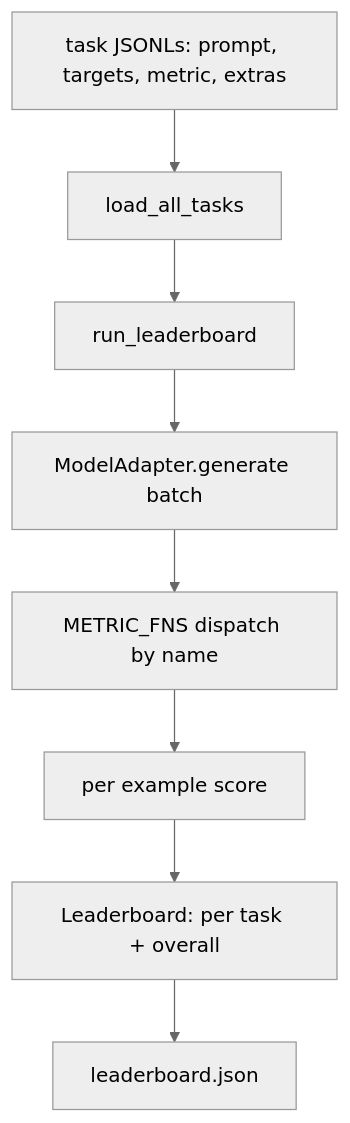
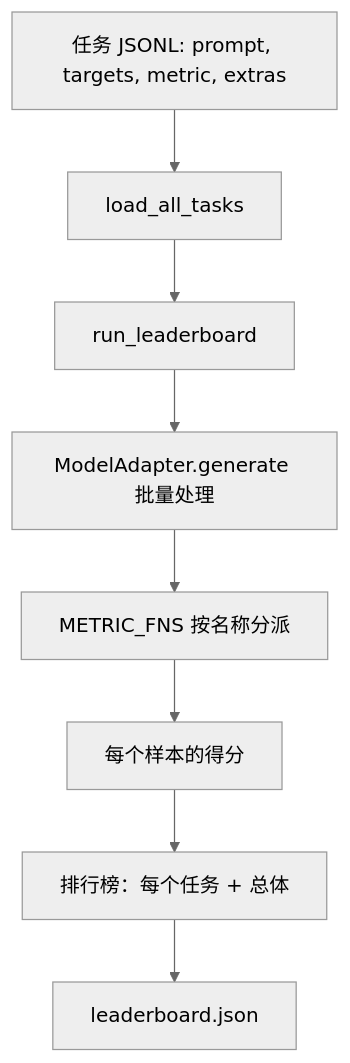
One commit to guangningsun/ailearning changed the first of 2 diagrams in lessons/19-capstone-projects/49-lm-eval-harness/docs/zh.md. Above: the diagram before and after it, drawn with Mermaid (neutral theme). The commit also changed other lines of this file and 85 other files, not shown here.

````diff
--- a/lessons/19-capstone-projects/49-lm-eval-harness/docs/zh.md
+++ b/lessons/19-capstone-projects/49-lm-eval-harness/docs/zh.md
@@ -27,10 +27,10 @@
 ```mermaid
 flowchart TD
-  tasks[task JSONLs: prompt, targets, metric, extras] --> loader[load_all_tasks]
+  tasks[任务 JSONL: prompt, targets, metric, extras] --> loader[load_all_tasks]
   loader --> runner[run_leaderboard]
-  runner --> adapter[ModelAdapter.generate batch]
-  adapter --> metrics[METRIC_FNS dispatch by name]
-  metrics --> scores[per example score]
-  scores --> board[Leaderboard: per task + overall]
+  runner --> adapter[ModelAdapter.generate 批量处理]
+  adapter --> metrics[METRIC_FNS 按名称分派]
+  metrics --> scores[每个样本的得分]
+  scores --> board[排行榜：每个任务 + 总体]
   board --> out[leaderboard.json]
 ```
````
